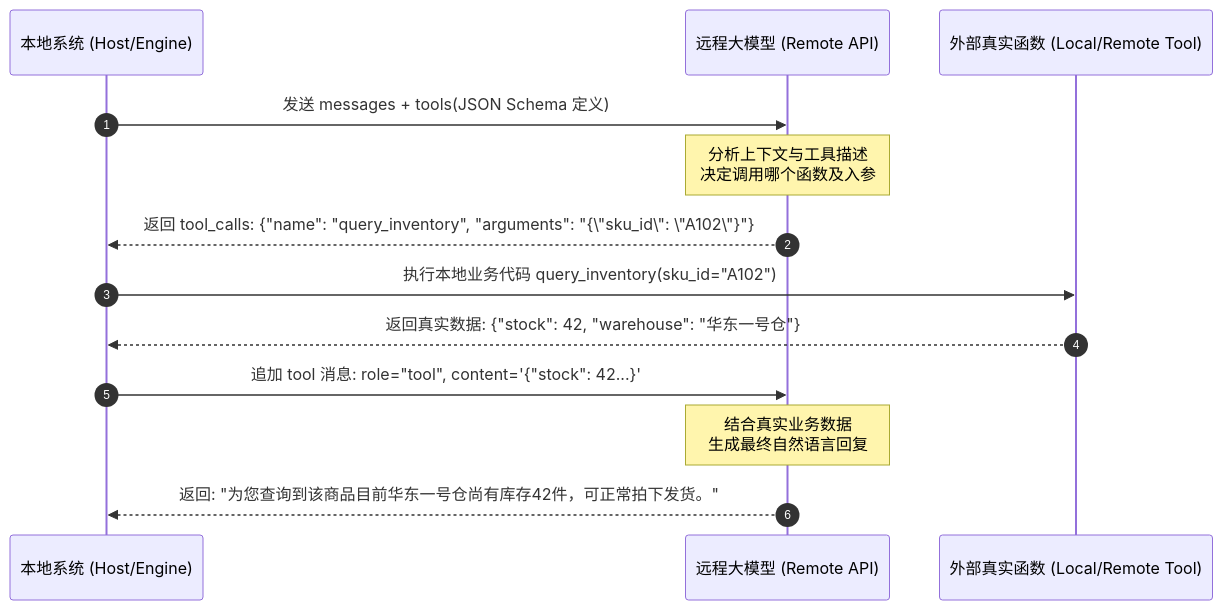
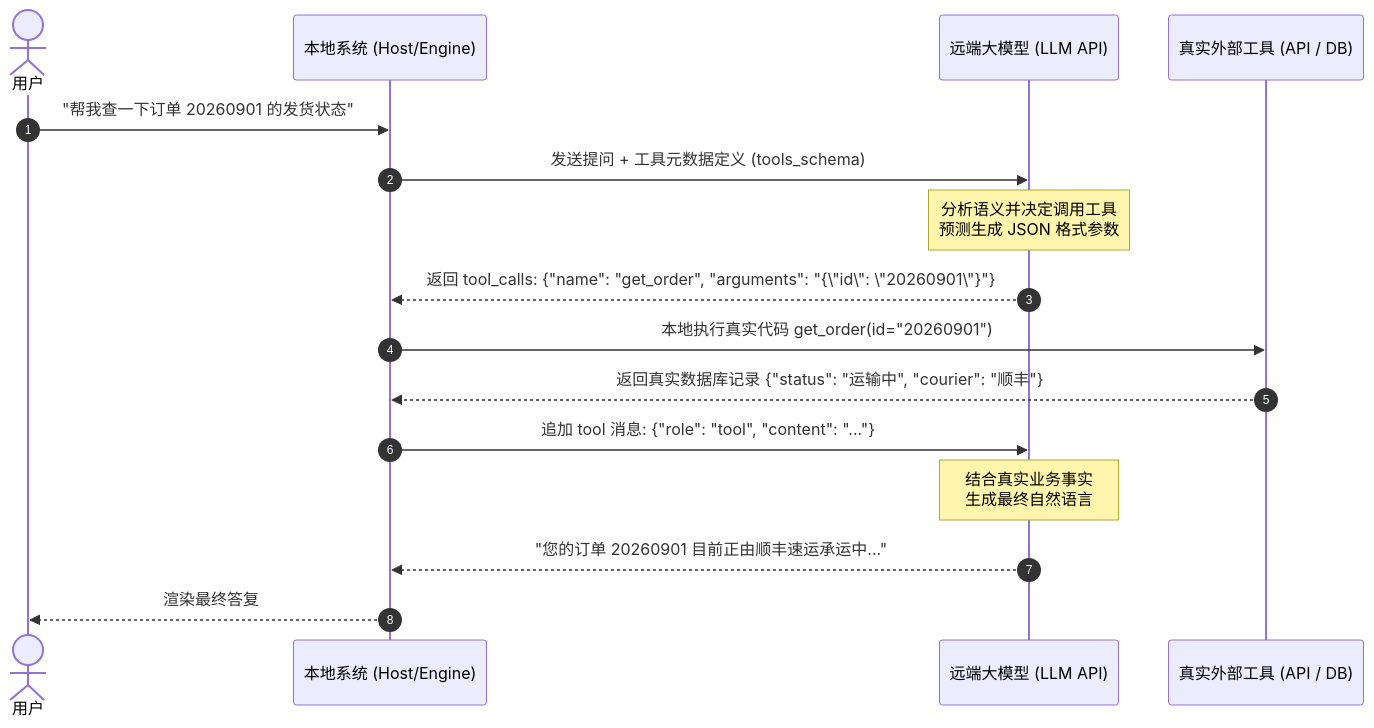
One commit to zackzhangkai/ai-agent-tutorial changed the first of 2 diagrams in 网盘交付资料包/02_Markdown全套源码与分章文档/04-tech-foundations.md. Above: the diagram before and after it, drawn with Mermaid. The commit also changed other lines of this file and 82 other files, not shown here.

````diff
--- a/网盘交付资料包/02_Markdown全套源码与分章文档/04-tech-foundations.md
+++ b/网盘交付资料包/02_Markdown全套源码与分章文档/04-tech-foundations.md
@@ -84,16 +21,19 @@
 ```mermaid
 sequenceDiagram
     autonumber
+    actor User as 用户
     participant App as 本地系统 (Host/Engine)
-    participant LLM as 远程大模型 (Remote API)
-    participant RealTool as 外部真实函数 (Local/Remote Tool)
+    participant LLM as 远端大模型 (LLM API)
+    participant Tool as 真实外部工具 (API / DB)
 
-    App->>LLM: 发送 messages + tools(JSON Schema 定义)
-    Note over LLM: 分析上下文与工具描述<br/>决定调用哪个函数及入参
-    LLM-->>App: 返回 tool_calls: {"name": "query_inventory", "arguments": "{\"sku_id\": \"A102\"}"}
-    App->>RealTool: 执行本地业务代码 query_inventory(sku_id="A102")
-    RealTool-->>App: 返回真实数据: {"stock": 42, "warehouse": "华东一号仓"}
-    App->>LLM: 追加 tool 消息: role="tool", content='{"stock": 42...}'
-    Note over LLM: 结合真实业务数据<br/>生成最终自然语言回复
-    LLM-->>App: 返回: "为您查询到该商品目前华东一号仓尚有库存42件，可正常拍下发货。"
+    User->>App: "帮我查一下订单 20260901 的发货状态"
+    App->>LLM: 发送提问 + 工具元数据定义 (tools_schema)
+    Note over LLM: 分析语义并决定调用工具<br/>预测生成 JSON 格式参数
+    LLM-->>App: 返回 tool_calls: {"name": "get_order", "arguments": "{\"id\": \"20260901\"}"}
+    App->>Tool: 本地执行真实代码 get_order(id="20260901")
+    Tool-->>App: 返回真实数据库记录 {"status": "运输中", "courier": "顺丰"}
+    App->>LLM: 追加 tool 消息: {"role": "tool", "content": "..."}
+    Note over LLM: 结合真实业务事实<br/>生成最终自然语言
+    LLM-->>App: "您的订单 20260901 目前正由顺丰速运承运中..."
+    App-->>User: 渲染最终答复
 ```
````
